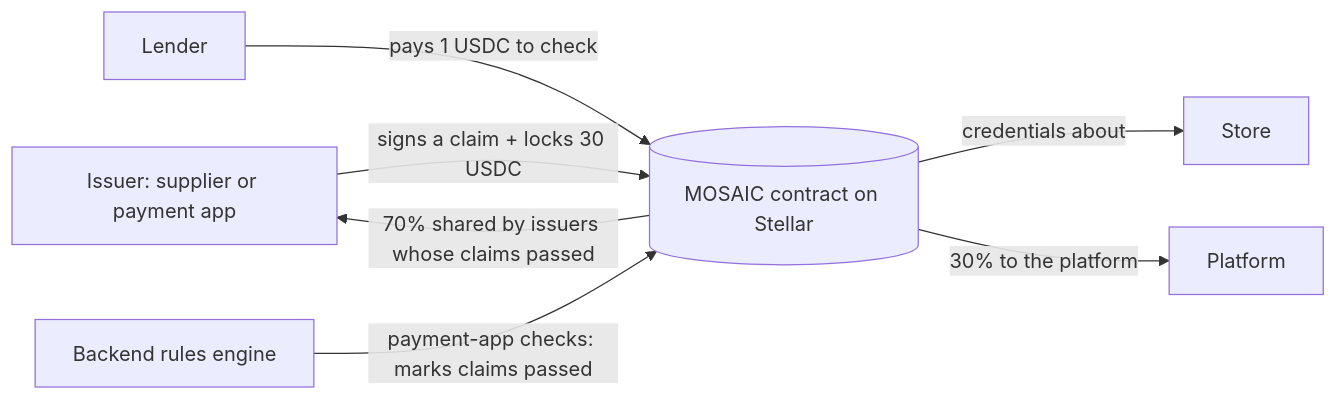
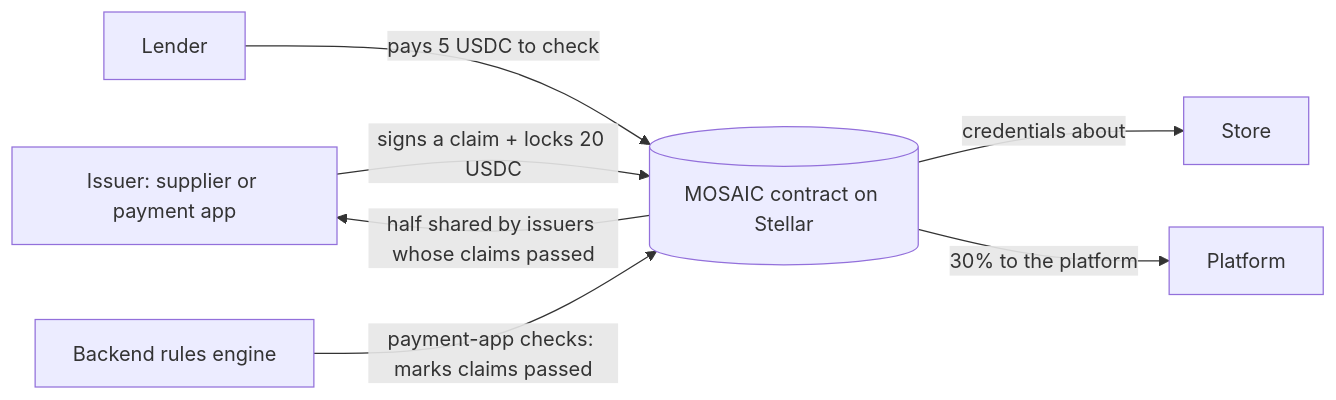
Before and after one commit to JeeshaanBakshi/MOSAIC: the diagram in README.md, drawn with Mermaid. The commit also changed other lines of this file and 33 other files, not shown here.

Commit message:
Tabs and shorter text across the app, supplier fee 5 USDC (2.5 / 2.5) and stake 20 USDC, live testnet inspector fixes, updated demo script, credits

````diff
--- a/README.md
+++ b/README.md
@@ -24,9 +24,9 @@
 ```mermaid
 flowchart LR
-  I[Issuer: supplier or payment app] -- "signs a claim + locks 30 USDC" --> C[(MOSAIC contract on Stellar)]
+  I[Issuer: supplier or payment app] -- "signs a claim + locks 20 USDC" --> C[(MOSAIC contract on Stellar)]
   C -- "credentials about" --> S[Store]
-  L[Lender] -- "pays 1 USDC to check" --> C
-  C -- "70% shared by issuers whose claims passed" --> I
+  L[Lender] -- "pays 5 USDC to check" --> C
+  C -- "half shared by issuers whose claims passed" --> I
   C -- "30% to the platform" --> P[Platform]
   B[Backend rules engine] -- "payment-app checks: marks claims passed" --> C
 ```
````
